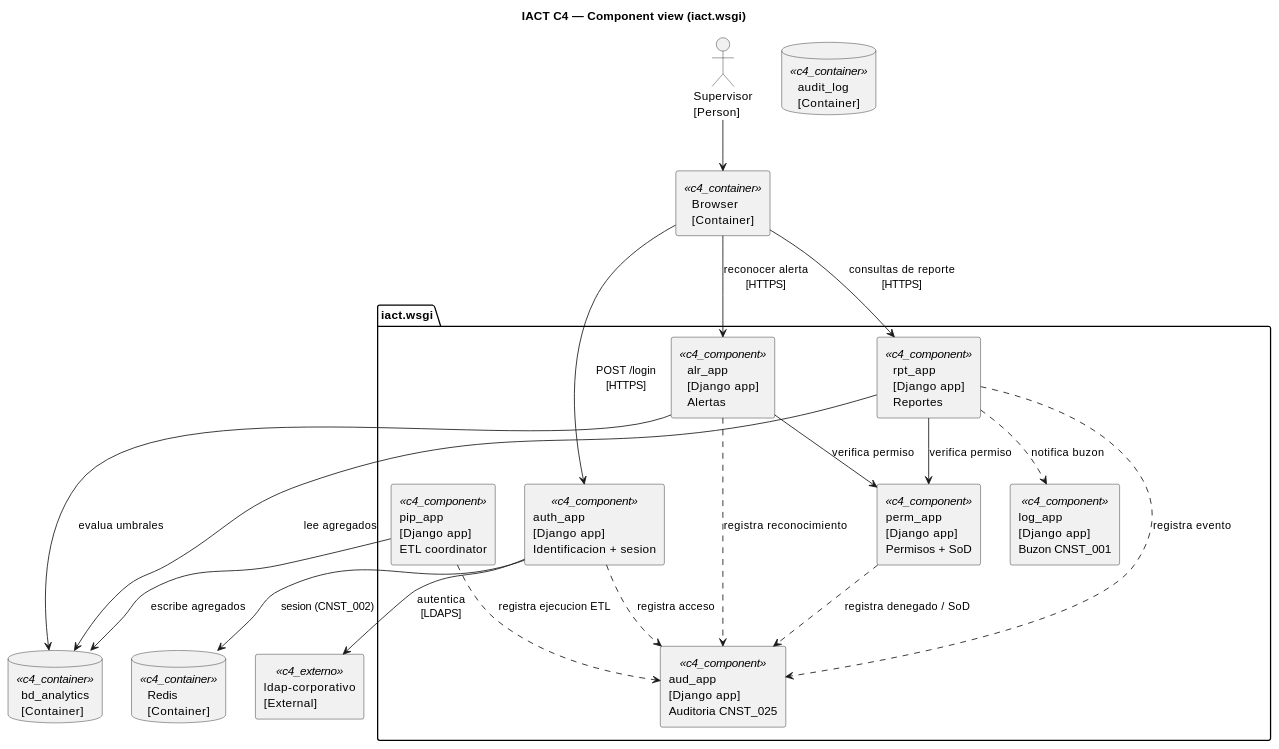
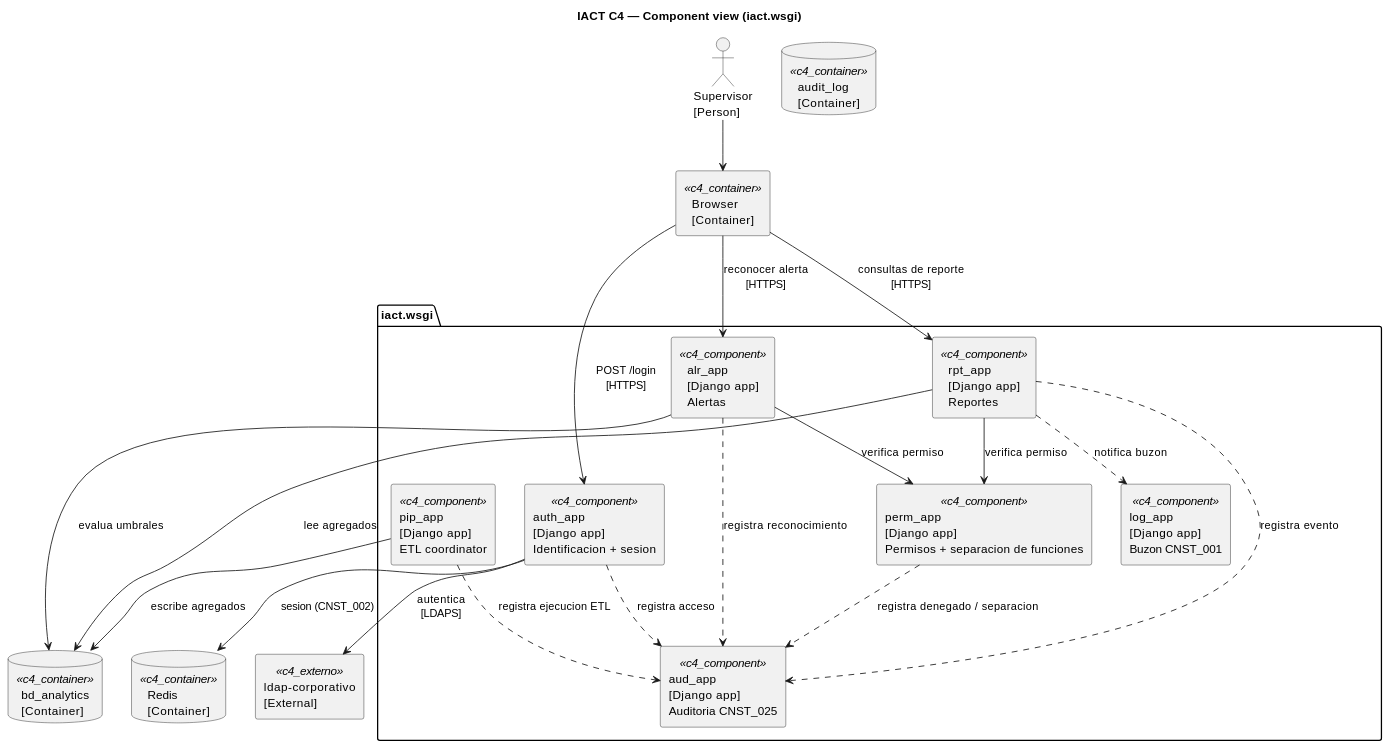
One commit to jcg-admin/IACT-docs changed the diagram in source/requisitos/_metodologia-aplicacion/diagramas-componentes/ejemplo-iact-component-view-de-iact-wsgi.rst. Above: the diagram before and after it, drawn with PlantUML. The commit also changed 15 other files, not shown here.

```diff
--- a/source/requisitos/_metodologia-aplicacion/diagramas-componentes/ejemplo-iact-component-view-de-iact-wsgi.rst
+++ b/source/requisitos/_metodologia-aplicacion/diagramas-componentes/ejemplo-iact-component-view-de-iact-wsgi.rst
@@ -8,46 +8,46 @@
 .. uml::
 
    @startuml
    title IACT C4 — Component view (iact.wsgi)
 
    actor "Supervisor\n[Person]" as Supervisor
    rectangle "Browser\n[Container]" as Browser <<c4_container>>
 
    package "iact.wsgi" {
      rectangle "auth_app\n[Django app]\nIdentificacion + sesion" as Auth <<c4_component>>
-     rectangle "perm_app\n[Django app]\nPermisos + SoD" as Perm <<c4_component>>
+     rectangle "perm_app\n[Django app]\nPermisos + separacion de funciones" as Perm <<c4_component>>
      rectangle "rpt_app\n[Django app]\nReportes" as Rpt <<c4_component>>
      rectangle "alr_app\n[Django app]\nAlertas" as Alr <<c4_component>>
      rectangle "pip_app\n[Django app]\nETL coordinator" as Pip <<c4_component>>
      rectangle "aud_app\n[Django app]\nAuditoria CNST_025" as Aud <<c4_component>>
      rectangle "log_app\n[Django app]\nBuzon CNST_001" as Log <<c4_component>>
    }
 
    database "Redis\n[Container]" as Redis <<c4_container>>
    database "bd_analytics\n[Container]" as BD_ANALYTICS <<c4_container>>
    database "audit_log\n[Container]" as Audit <<c4_container>>
    rectangle "ldap-corporativo\n[External]" as LDAP_CORPORATIVO <<c4_externo>>
 
    Supervisor --> Browser
    Browser --> Auth : POST /login\n[HTTPS]
    Browser --> Rpt : consultas de reporte\n[HTTPS]
    Browser --> Alr : reconocer alerta\n[HTTPS]
 
    Auth --> LDAP_CORPORATIVO : autentica\n[LDAPS]
    Auth --> Redis : sesion (CNST_002)
    Auth ..> Aud : registra acceso
 
    Rpt --> Perm : verifica permiso
    Rpt --> BD_ANALYTICS : lee agregados
    Rpt ..> Log : notifica buzon
    Rpt ..> Aud : registra evento
 
    Alr --> Perm : verifica permiso
    Alr --> BD_ANALYTICS : evalua umbrales
    Alr ..> Aud : registra reconocimiento
 
    Pip --> BD_ANALYTICS : escribe agregados
    Pip ..> Aud : registra ejecucion ETL
 
-   Perm ..> Aud : registra denegado / SoD
+   Perm ..> Aud : registra denegado / separacion
    @enduml
```
